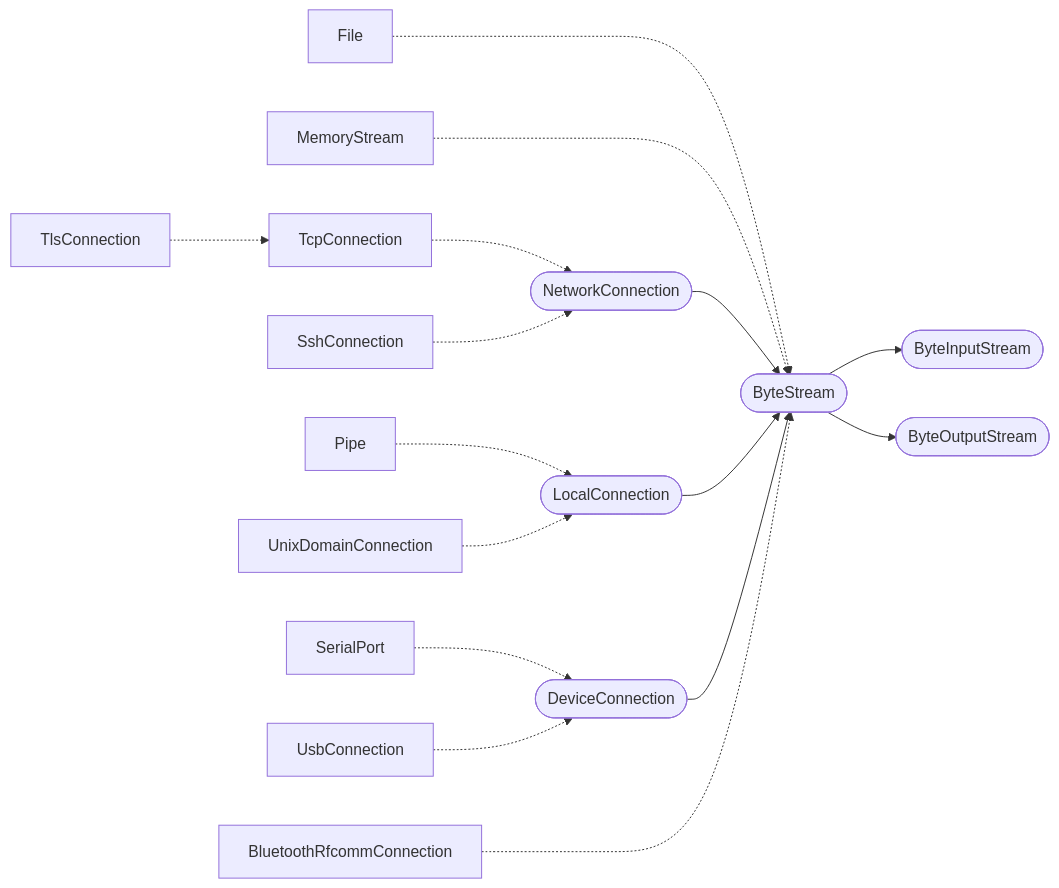
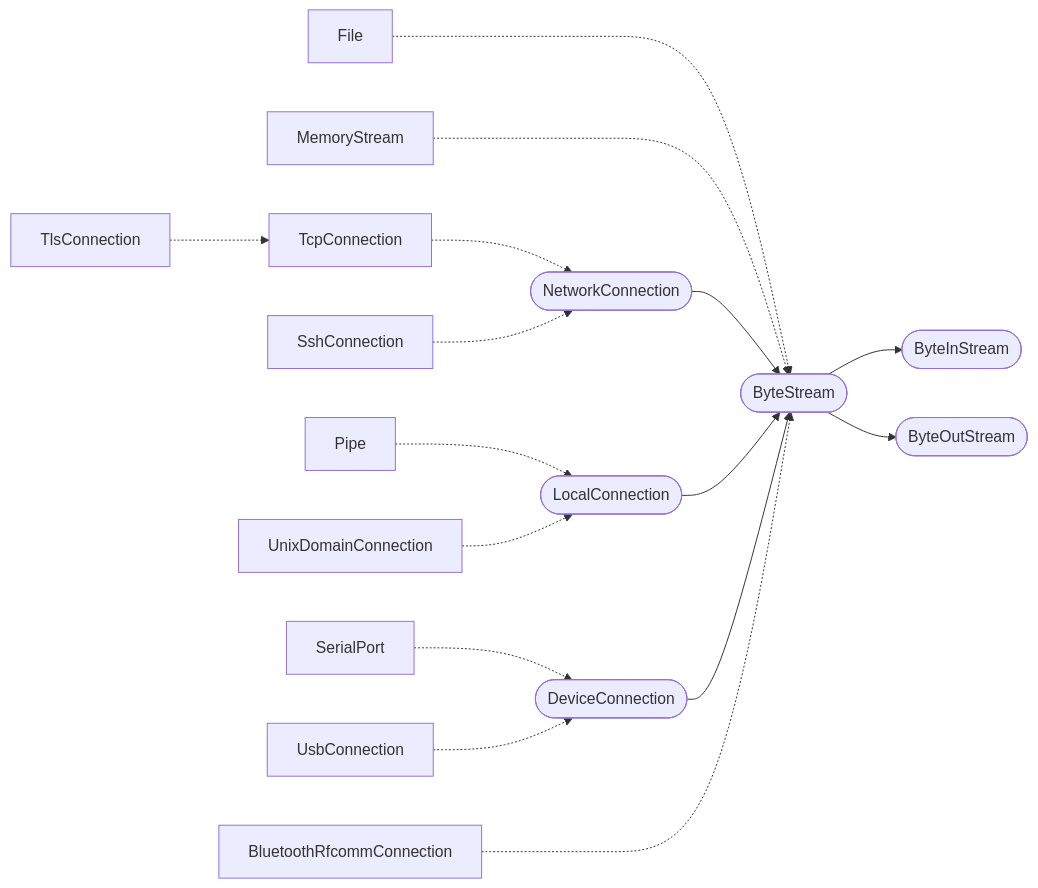
One commit to laro/Cilia changed the diagram in 2 Standard Lib/7 ByteStream & IO.md. Above: the diagram before and after it, drawn with Mermaid. The commit also changed other lines of this file and 1 other file, not shown here.

````diff
--- a/2 Standard Lib/7 ByteStream & IO.md
+++ b/2 Standard Lib/7 ByteStream & IO.md
@@ -159,40 +159,40 @@
 ```mermaid
 flowchart LR
     File[File]
     MemoryStream[MemoryStream]
     NetworkConnection([NetworkConnection])
     TcpConnection[TcpConnection]
     TlsConnection[TlsConnection]
     SshConnection[SshConnection]
     LocalConnection([LocalConnection])
     Pipe[Pipe]
     UnixDomainConnection[UnixDomainConnection]
     DeviceConnection([DeviceConnection])
     SerialPort[SerialPort]
     UsbConnection[UsbConnection]
     BluetoothRfcommConnection[BluetoothRfcommConnection]
     
     ByteStream([ByteStream])
-    ByteInputStream([ByteInputStream])
-    ByteOutputStream([ByteOutputStream])
+    ByteInStream([ByteInStream])
+    ByteOutStream([ByteOutStream])
     
     File -..-> ByteStream
     MemoryStream -..-> ByteStream
     NetworkConnection --> ByteStream
     LocalConnection --> ByteStream
     DeviceConnection --> ByteStream
     BluetoothRfcommConnection -..-> ByteStream
     
     TcpConnection -.-> NetworkConnection
     TlsConnection -.-> TcpConnection
     SshConnection -.-> NetworkConnection
     
     Pipe -.-> LocalConnection
     UnixDomainConnection -.-> LocalConnection
     
     SerialPort -.-> DeviceConnection
     UsbConnection -.-> DeviceConnection
     
-    ByteStream --> ByteInputStream
-    ByteStream --> ByteOutputStream
+    ByteStream --> ByteInStream
+    ByteStream --> ByteOutStream
 ```
````
